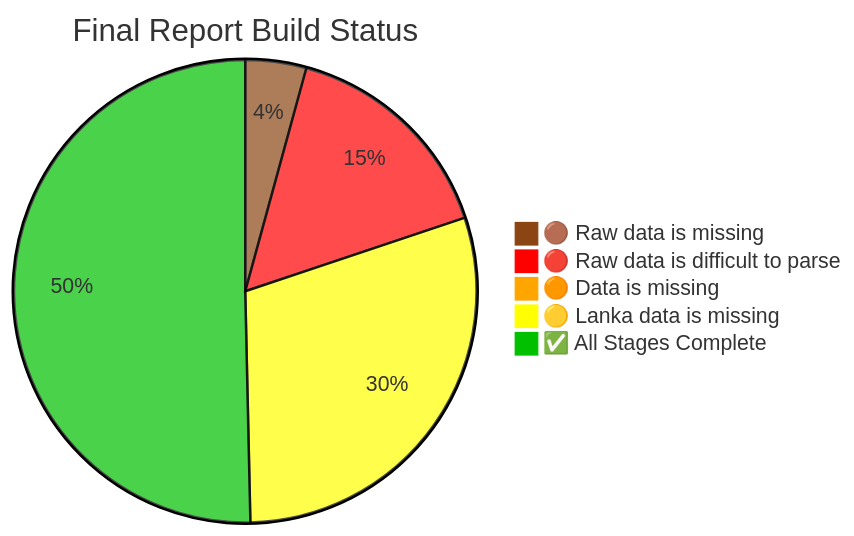
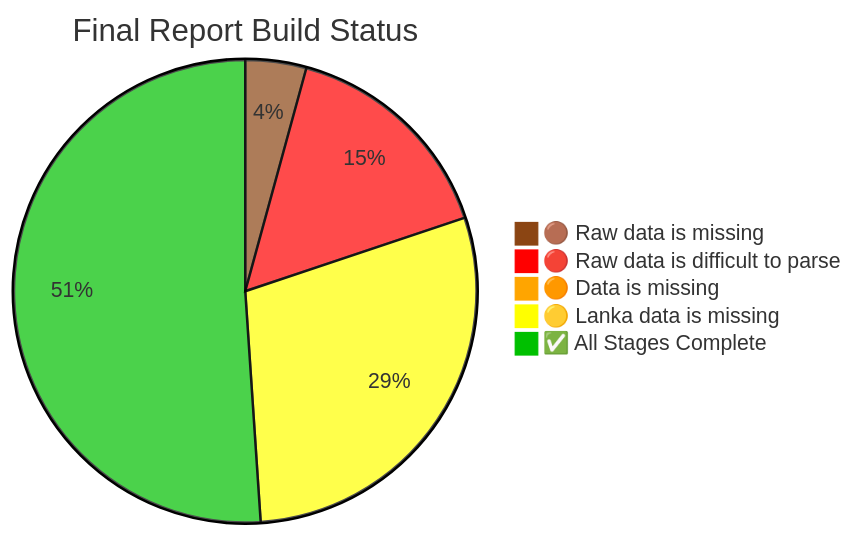
The diagram in README.md (nuuuwan/lk_census_2024), drawn with Mermaid before and after one commit. The commit also changed other lines of this file and 3 other files, not shown here.

````diff
--- a/README.md
+++ b/README.md
@@ -220,9 +220,9 @@
 ```mermaid
 %%{init: {"theme": "base", "themeVariables": {"pie1": "#8B4513", "pie2": "#FF0000", "pie3": "#FFA500", "pie4": "#FFFF00", "pie5": "#00c000"}}}%%
 pie title Final Report Build Status
 "🟤 Raw data is missing" : 6
     "🔴 Raw data is difficult to parse" : 22
     "🟠 Data is missing" : 1
-    "🟡 Lanka data is missing" : 42
-    "✅ All Stages Complete" : 71
+    "🟡 Lanka data is missing" : 41
+    "✅ All Stages Complete" : 72
 ```
````
